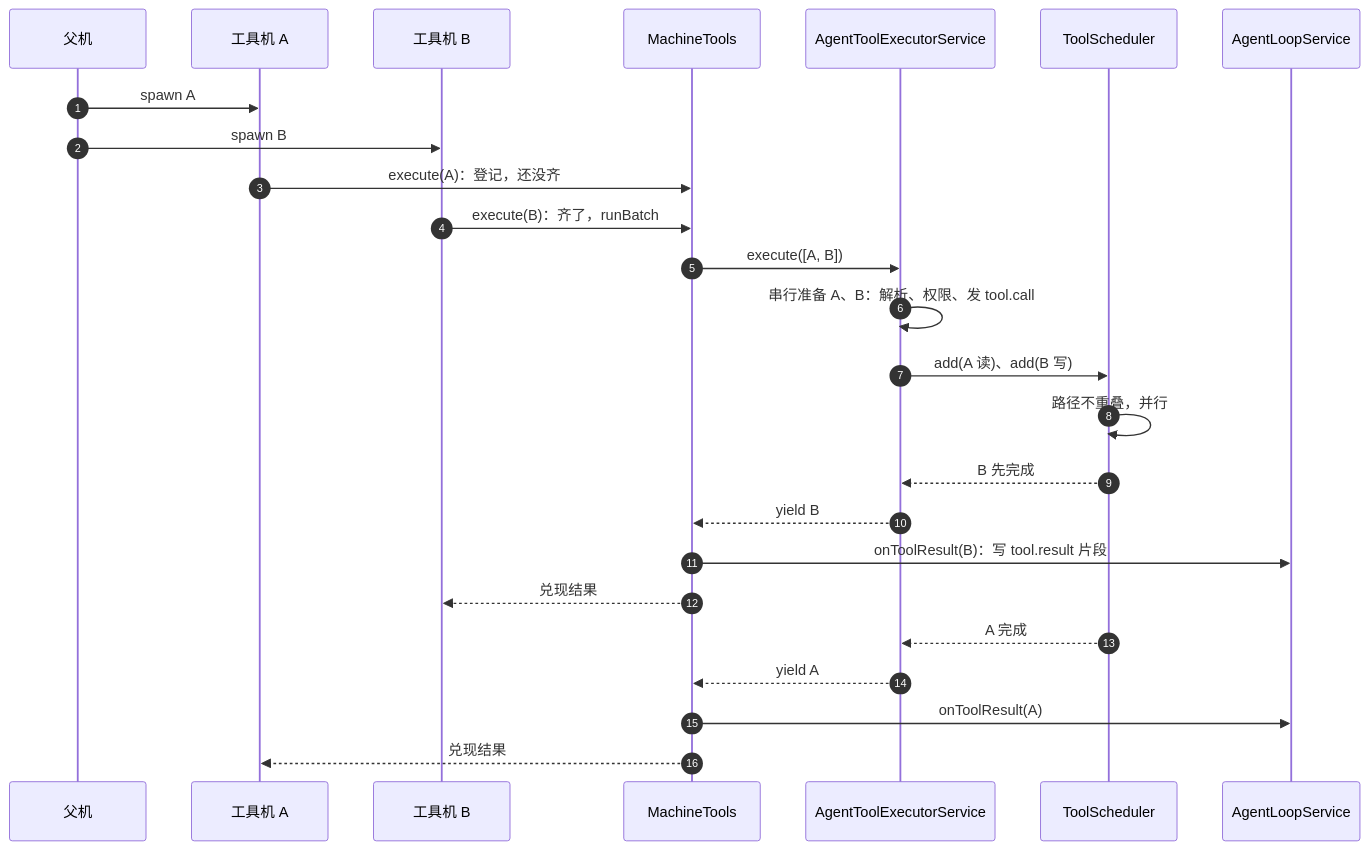
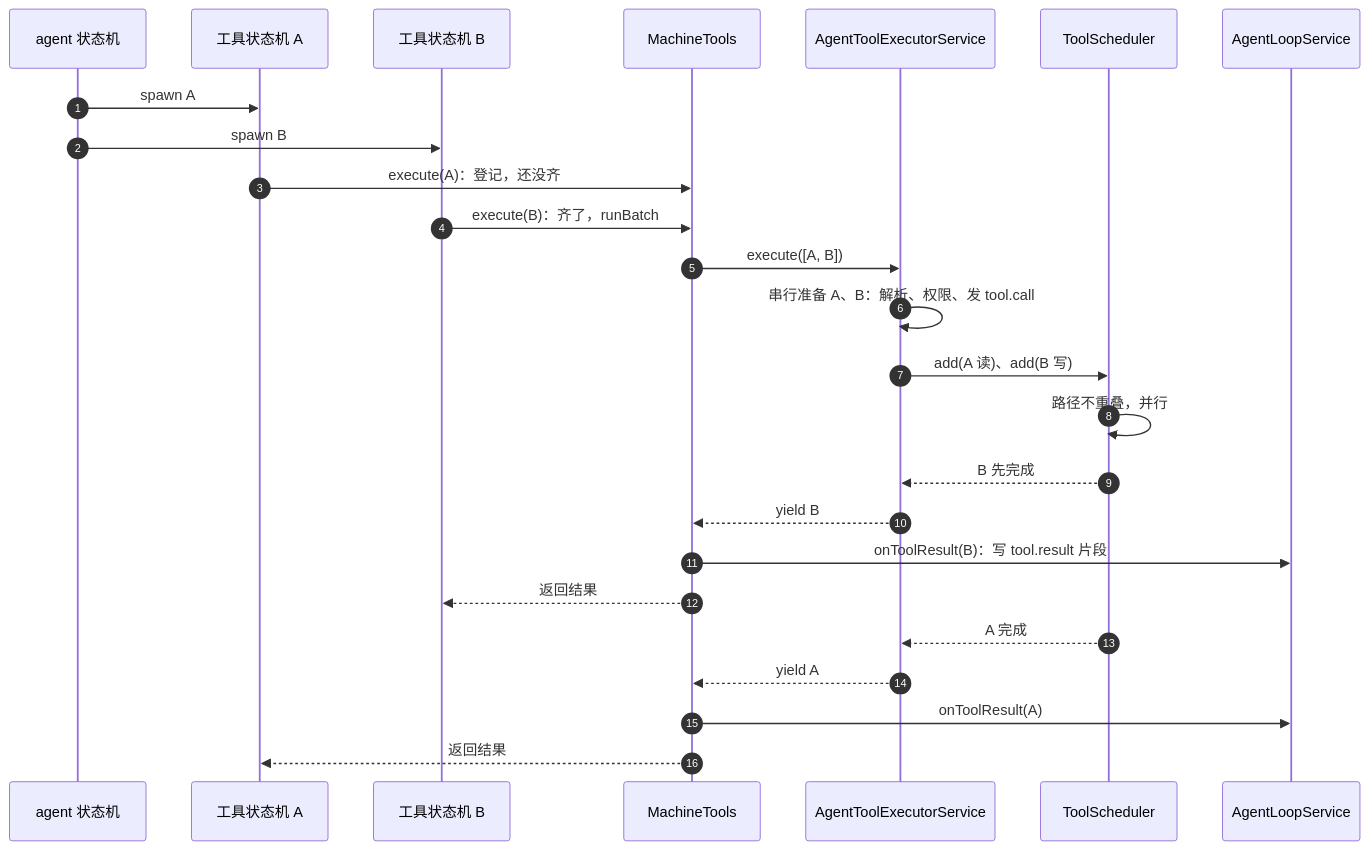
One commit to nickqiaoo/nickqiaoo.github.io changed the ninth of 10 diagrams in src/content/post/agents-kimi-code/index.md. Above: the diagram before and after it, drawn with Mermaid. The commit also changed other lines of this file, not shown here.

````diff
--- a/src/content/post/agents-kimi-code/index.md
+++ b/src/content/post/agents-kimi-code/index.md
@@ -609,28 +609,28 @@
 ```mermaid
 sequenceDiagram
   autonumber
-  participant AM as 父机
-  participant T1 as 工具机 A
-  participant T2 as 工具机 B
+  participant AM as agent 状态机
+  participant T1 as 工具状态机 A
+  participant T2 as 工具状态机 B
   participant MT as MachineTools
   participant Exec as AgentToolExecutorService
   participant Sch as ToolScheduler
   participant LS as AgentLoopService
 
   AM->>T1: spawn A
   AM->>T2: spawn B
   T1->>MT: execute(A)：登记，还没齐
   T2->>MT: execute(B)：齐了，runBatch
   MT->>Exec: execute([A, B])
   Exec->>Exec: 串行准备 A、B：解析、权限、发 tool.call
   Exec->>Sch: add(A 读)、add(B 写)
   Sch->>Sch: 路径不重叠，并行
   Sch-->>Exec: B 先完成
   Exec-->>MT: yield B
   MT->>LS: onToolResult(B)：写 tool.result 片段
-  MT-->>T2: 兑现结果
+  MT-->>T2: 返回结果
   Sch-->>Exec: A 完成
   Exec-->>MT: yield A
   MT->>LS: onToolResult(A)
-  MT-->>T1: 兑现结果
+  MT-->>T1: 返回结果
 ```
````
